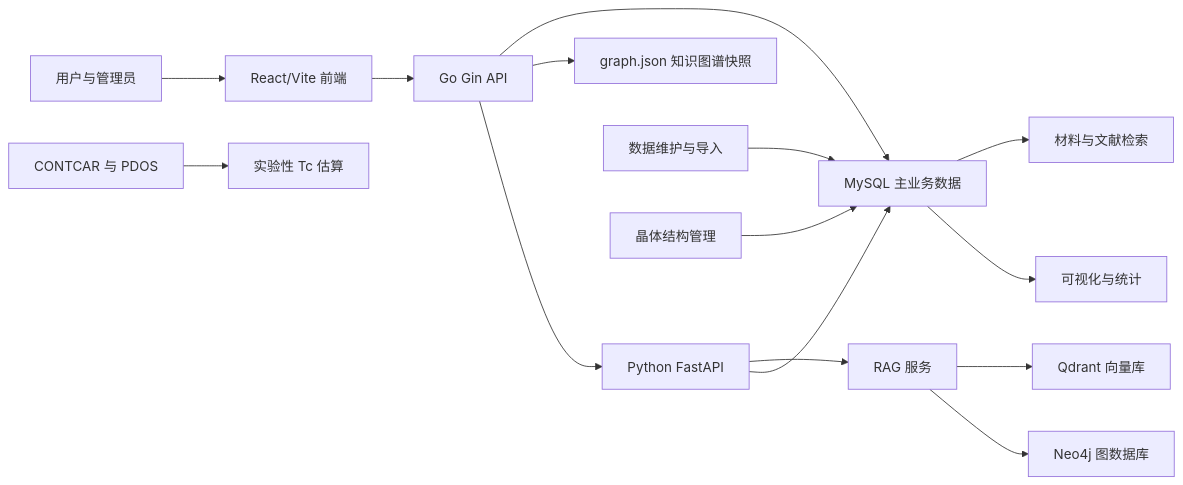
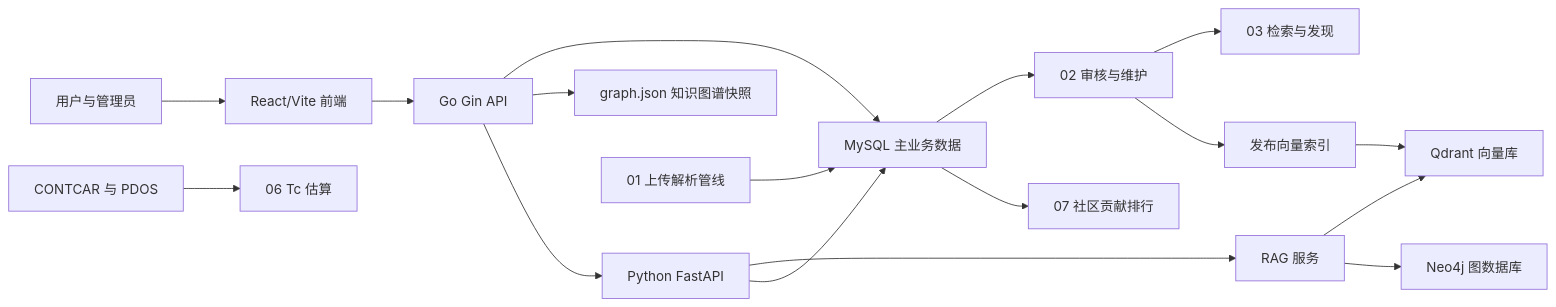
Before and after one commit to JLU-ICCMS-MaYuan/Conventional-SC-Dataset: the diagram in docs/overview/README.md, drawn with Mermaid. The commit also changed other lines of this file and 39 other files, not shown here.

````diff
--- a/docs/overview/README.md
+++ b/docs/overview/README.md
@@ -23,17 +23,18 @@
 ```mermaid
 flowchart LR
     U["用户与管理员"] --> FE["React/Vite 前端"]
     FE --> GO["Go Gin API"]
     GO --> DB["MySQL 主业务数据"]
     GO --> KGJSON["graph.json 知识图谱快照"]
     GO --> PY["Python FastAPI"]
     PY --> RAG["RAG 服务"]
     RAG --> QD["Qdrant 向量库"]
     RAG --> NEO["Neo4j 图数据库"]
     PY --> DB
-    M["数据维护与导入"] --> DB
-    S["晶体结构管理"] --> DB
-    DB --> Q["材料与文献检索"]
-    DB --> V["可视化与统计"]
-    F["CONTCAR 与 PDOS"] --> T["实验性 Tc 估算"]
+    UP["01 上传解析管线"] --> DB
+    DB --> RV["02 审核与维护"]
+    RV --> Q["03 检索与发现"]
+    RV --> PUB["发布向量索引"] --> QD
+    DB --> V["07 社区贡献排行"]
+    F["CONTCAR 与 PDOS"] --> T["06 Tc 估算"]
 ```
````
